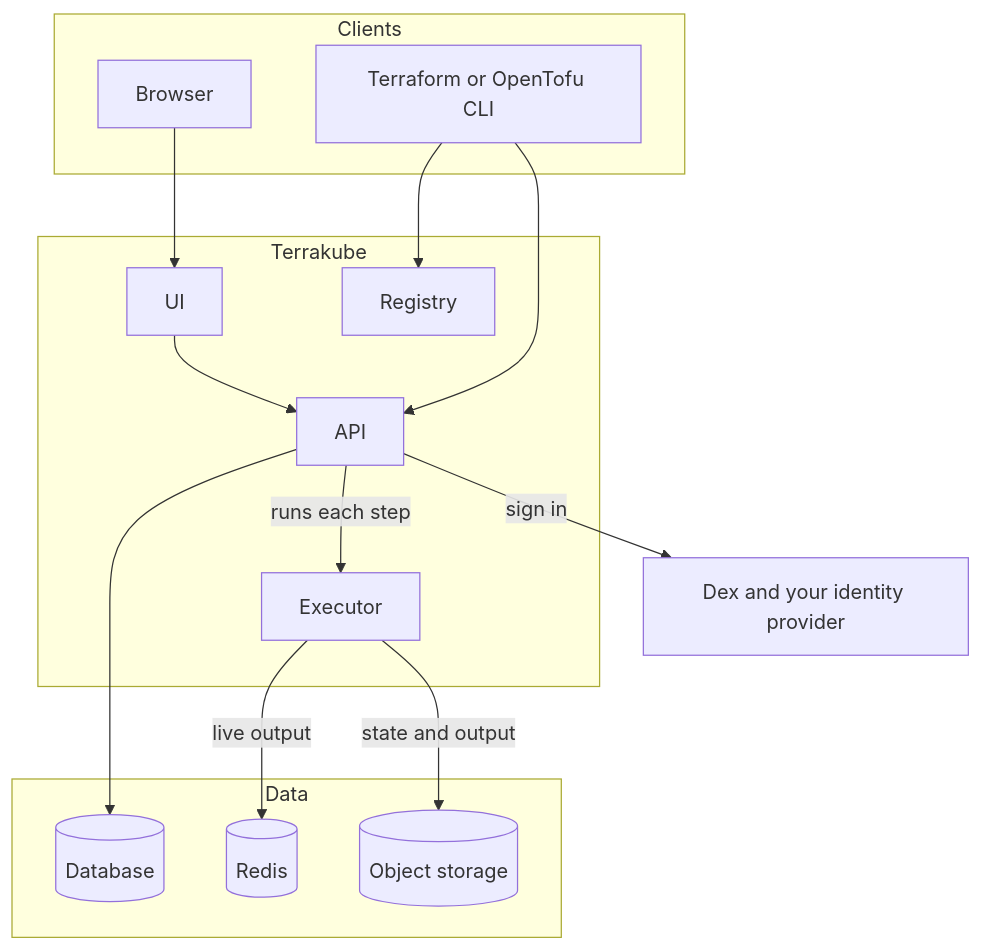
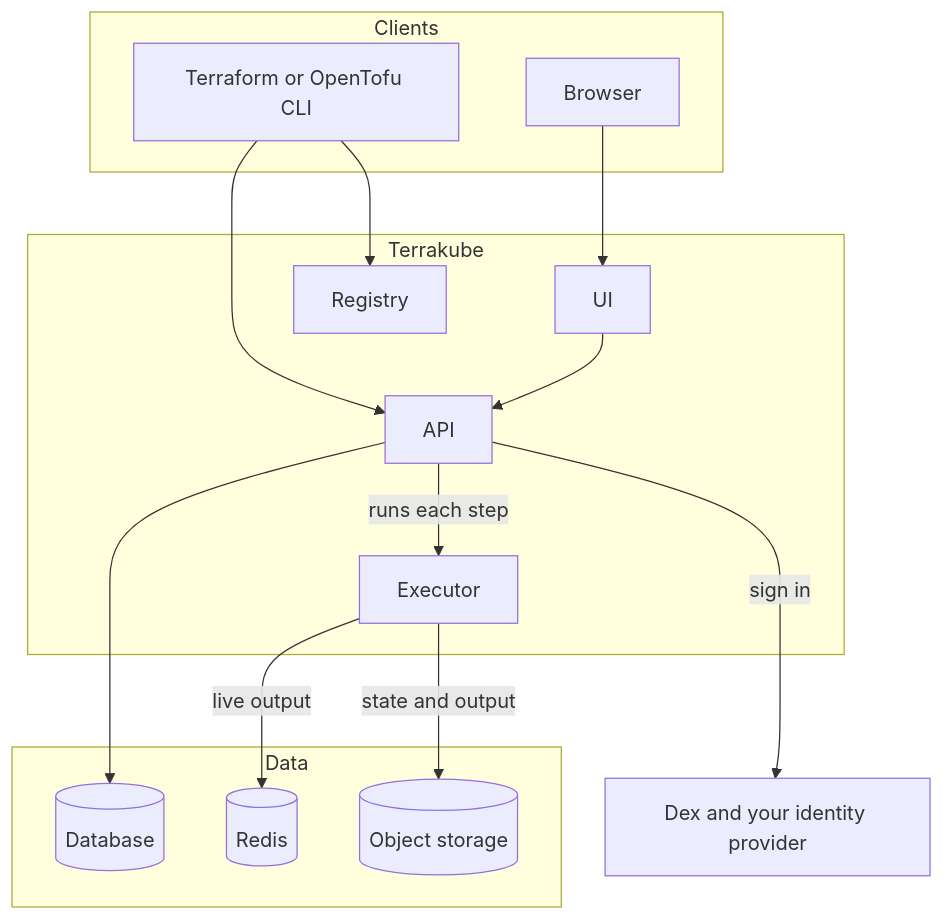
One commit to terrakube-io/terrakube changed the diagram in README.md. Above: the diagram before and after it, drawn with Mermaid.

Commit message:
docs: stop the sign-in arrow crossing the data arrows in the README diagram

````diff
--- a/README.md
+++ b/README.md
@@ -85,27 +85,28 @@
 ```mermaid
 flowchart TB
     subgraph clients[" Clients "]
         browser[Browser]
         cli[Terraform or OpenTofu CLI]
     end
     subgraph terrakube[" Terrakube "]
         ui[UI]
         api[API]
         registry[Registry]
         executor[Executor]
     end
     subgraph data[" Data "]
         db[(Database)]
         redis[(Redis)]
         storage[(Object storage)]
     end
     dex[Dex and your identity provider]
     browser --> ui --> api
     cli --> api
     cli --> registry
     api -->|runs each step| executor
     api -->|sign in| dex
+    executor ~~~ dex
     api --> db
     executor -->|live output| redis
     executor -->|state and output| storage
 ```
````
